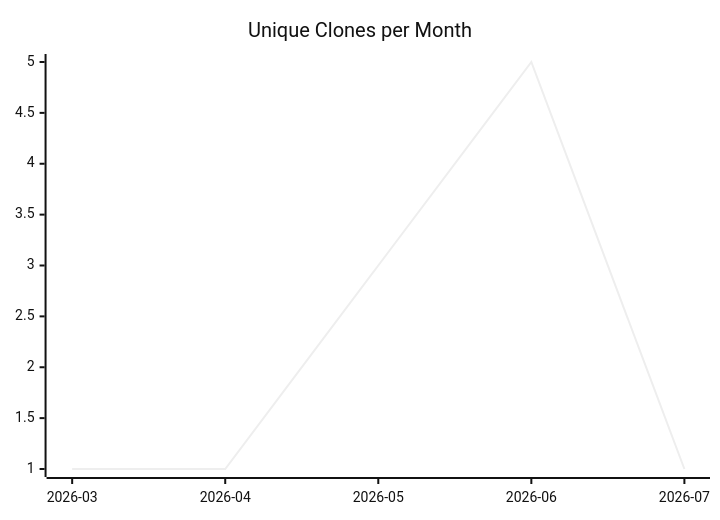
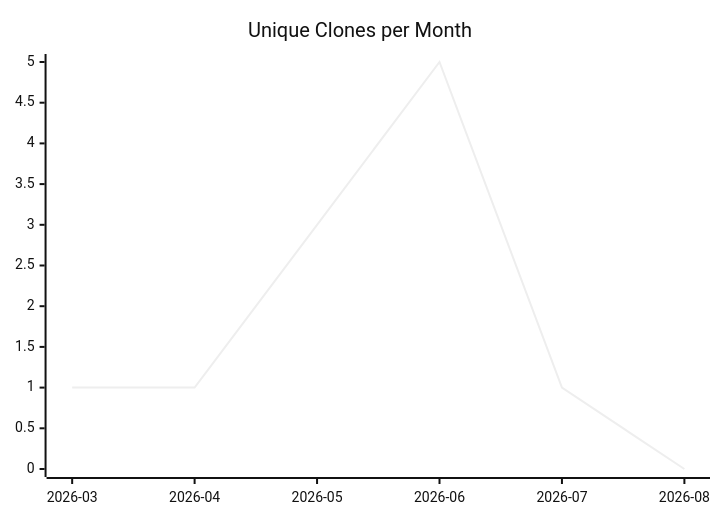
One commit to justdavis-family/github-analytics-data changed the third of 3 diagrams in karlmdavis/ansible/README.md. Above: the diagram before and after it, drawn with Mermaid (neutral theme). The commit also changed other lines of this file and 180 other files, not shown here.

````diff
--- a/karlmdavis/ansible/README.md
+++ b/karlmdavis/ansible/README.md
@@ -19,6 +19,6 @@
 ```mermaid
 xychart-beta
   title "Unique Clones per Month"
-  x-axis ["2026-03", "2026-04", "2026-05", "2026-06", "2026-07"]
-  line [1, 1, 3, 5, 1]
+  x-axis ["2026-03", "2026-04", "2026-05", "2026-06", "2026-07", "2026-08"]
+  line [1, 1, 3, 5, 1, 0]
 ```
````
